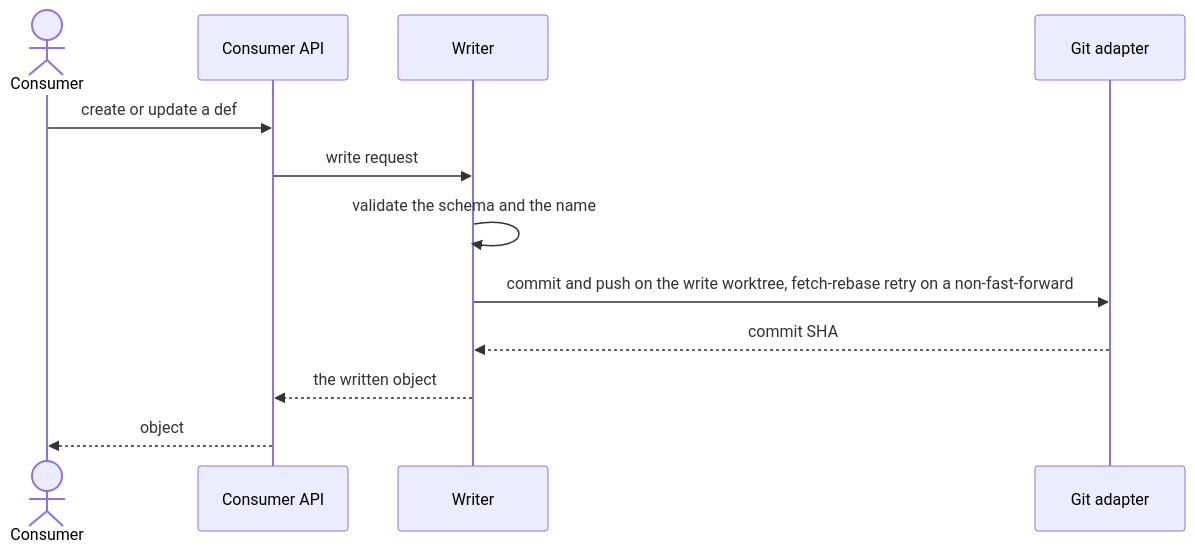
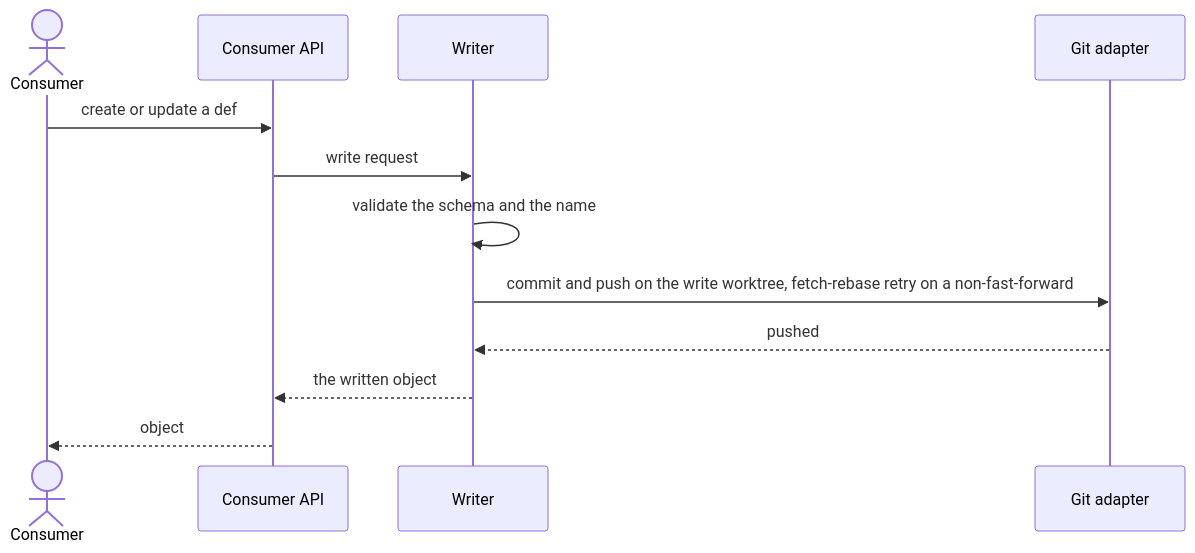
One commit to Netcracker/qubership-envgene changed the fifth of 5 diagrams in docs/analysis/app-reg-def-service/design/architecture.md. Above: the diagram before and after it, drawn with Mermaid. The commit also changed other lines of this file and 4 other files, not shown here.

````diff
--- a/docs/analysis/app-reg-def-service/design/architecture.md
+++ b/docs/analysis/app-reg-def-service/design/architecture.md
@@ -107,14 +107,14 @@
 ```mermaid
 sequenceDiagram
   actor C as Consumer
   participant API as Consumer API
   participant W as Writer
   participant GA as Git adapter
   C->>API: create or update a def
   API->>W: write request
   W->>W: validate the schema and the name
   W->>GA: commit and push on the write worktree, fetch-rebase retry on a non-fast-forward
-  GA-->>W: commit SHA
+  GA-->>W: pushed
   W-->>API: the written object
   API-->>C: object
 ```
````
